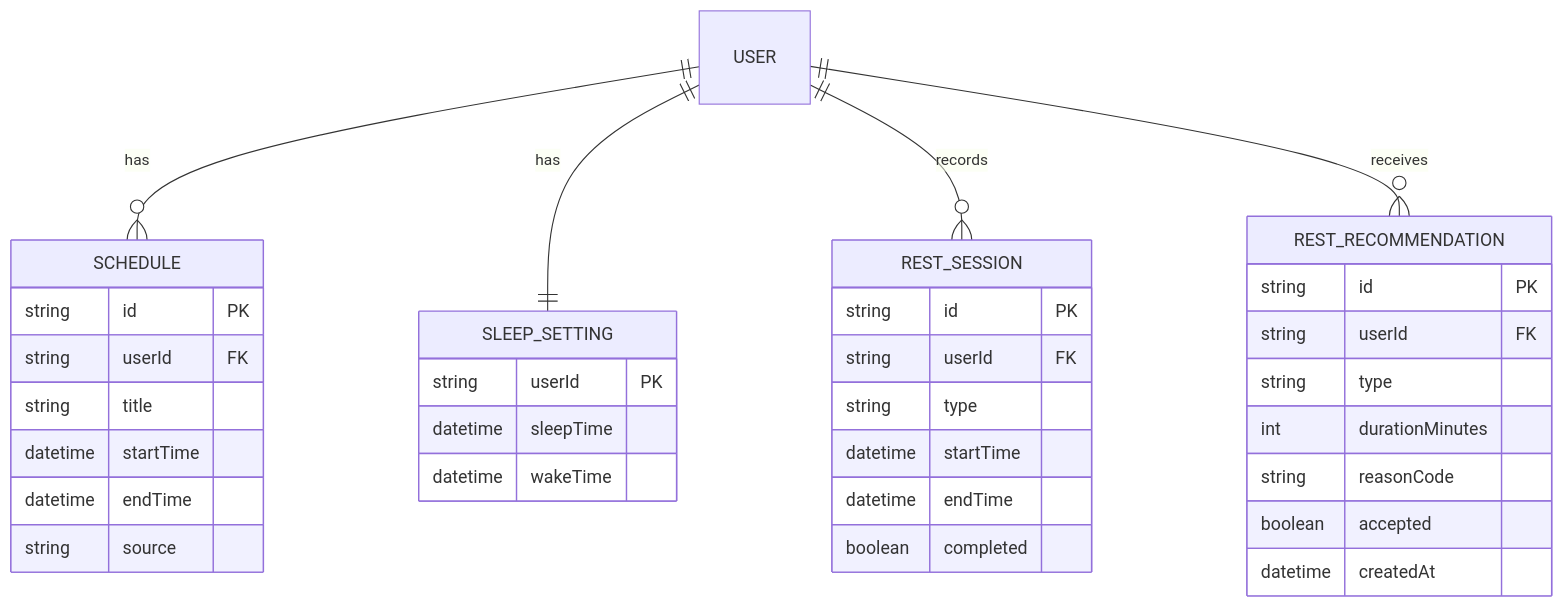
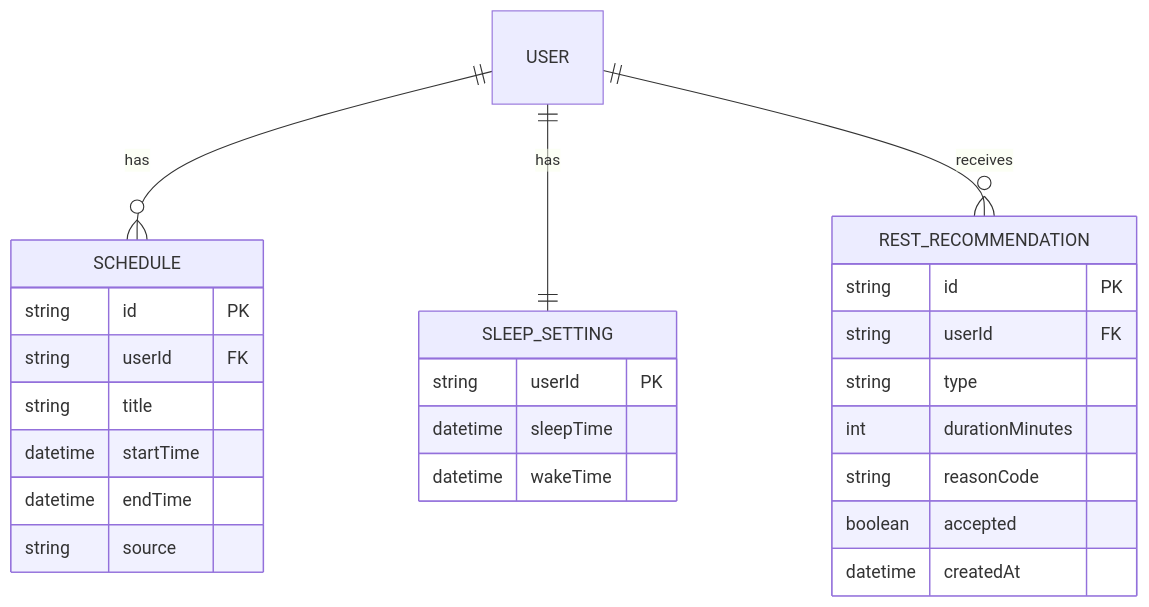
One commit to YAMI-SOTE/team-nap-app changed the second of 2 diagrams in docs/db.md. Above: the diagram before and after it, drawn with Mermaid. The commit also changed other lines of this file and 1 other file, not shown here.

First line of the commit message:
docs: document NapRecord table + nap→ふりかえり flow with stored AI advice

````diff
--- a/docs/db.md
+++ b/docs/db.md
@@ -133,42 +148,32 @@
 ```mermaid
 erDiagram
 
     USER ||--o{ SCHEDULE : has
     USER ||--|| SLEEP_SETTING : has
-    USER ||--o{ REST_SESSION : records
     USER ||--o{ REST_RECOMMENDATION : receives
 
     SCHEDULE {
         string id PK
         string userId FK
         string title
         datetime startTime
         datetime endTime
         string source
     }
 
     SLEEP_SETTING {
         string userId PK
         datetime sleepTime
         datetime wakeTime
     }
 
-    REST_SESSION {
-        string id PK
-        string userId FK
-        string type
-        datetime startTime
-        datetime endTime
-        boolean completed
-    }
-
     REST_RECOMMENDATION {
         string id PK
         string userId FK
         string type
         int durationMinutes
         string reasonCode
         boolean accepted
         datetime createdAt
     }
 ```
````
